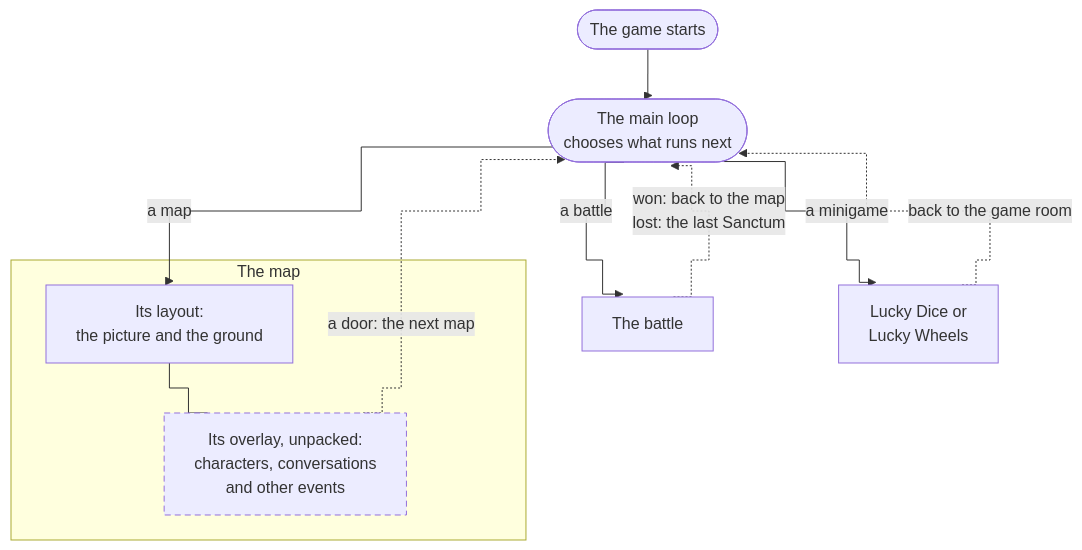
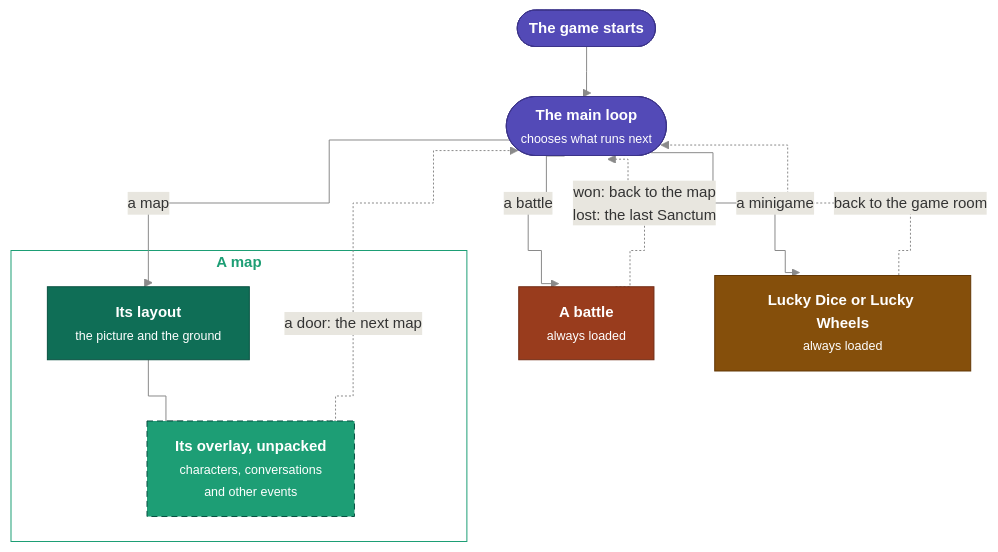
The diagram in games/tbs/README.md (PascalPixel/alchemy), drawn with Mermaid before and after one commit.

Commit message:
Front page: the main-loop diagram in colour, with titled boxes

````diff
--- a/games/tbs/README.md
+++ b/games/tbs/README.md
@@ -29,17 +29,25 @@
 ```mermaid
-%%{init: {"flowchart": {"curve": "step"}}}%%
+%%{init: {"theme": "base", "themeVariables": {"fontFamily": "ui-sans-serif, system-ui, sans-serif", "fontSize": "15px", "lineColor": "#8a8a8a", "edgeLabelBackground": "#E8E6DF", "titleColor": "#1D9E75", "clusterBkg": "transparent", "clusterBorder": "#1D9E75"}, "flowchart": {"curve": "step", "padding": 14}}}%%
 flowchart TD
-  start(["The game starts"]) --> loop(["The main loop<br/>chooses what runs next"])
+  start(["<b>The game starts</b>"]) --> loop(["<b>The main loop</b><br/><small>chooses what runs next</small>"])
   loop -- "a map" --> layout
-  loop -- "a battle" --> battle["The battle"]
-  loop -- "a minigame" --> mini["Lucky Dice or<br/>Lucky Wheels"]
-  subgraph map ["The map"]
-    layout["Its layout:<br/>the picture and the ground"]
-    layout --- overlay["Its overlay, unpacked:<br/>characters, conversations<br/>and other events"]
+  loop -- "a battle" --> battle["<b>A battle</b><br/><small>always loaded</small>"]
+  loop -- "a minigame" --> mini["<b>Lucky Dice or Lucky Wheels</b><br/><small>always loaded</small>"]
+  subgraph map ["<b>A map</b>"]
+    layout["<b>Its layout</b><br/><small>the picture and the ground</small>"]
+    layout --- overlay["<b>Its overlay, unpacked</b><br/><small>characters, conversations<br/>and other events</small>"]
   end
   overlay -. "a door: the next map" .-> loop
   battle -. "won: back to the map<br/>lost: the last Sanctum" .-> loop
   mini -. "back to the game room" .-> loop
-  classDef dashed stroke-dasharray: 6 4
-  class overlay dashed
+  classDef flow fill:#534AB7,stroke:#3C3489,color:#ffffff
+  classDef place fill:#0F6E56,stroke:#085041,color:#ffffff
+  classDef scripts fill:#1D9E75,stroke:#085041,color:#ffffff,stroke-dasharray:6 4
+  classDef fight fill:#993C1D,stroke:#712B13,color:#ffffff
+  classDef game fill:#854F0B,stroke:#633806,color:#ffffff
+  class start,loop flow
+  class layout place
+  class overlay scripts
+  class battle fight
+  class mini game
 ```
````
